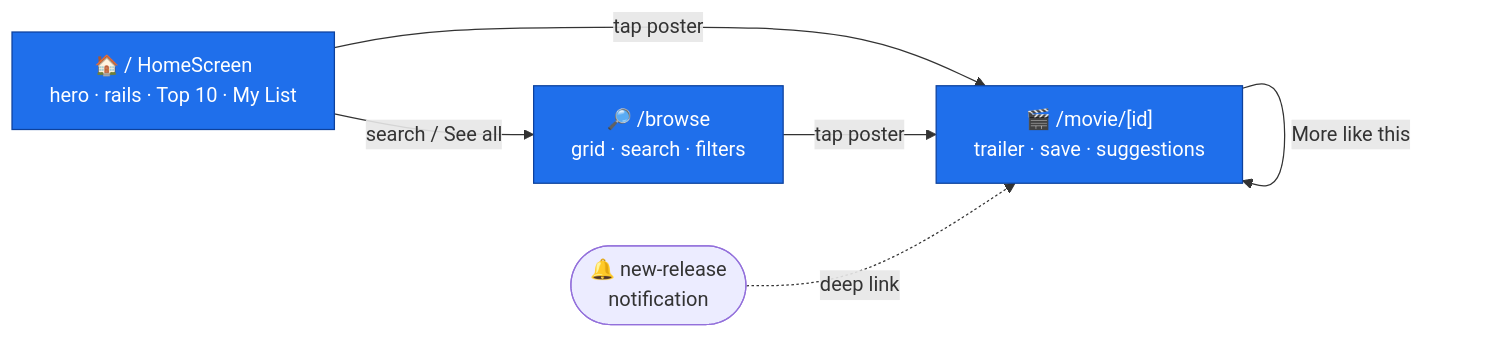
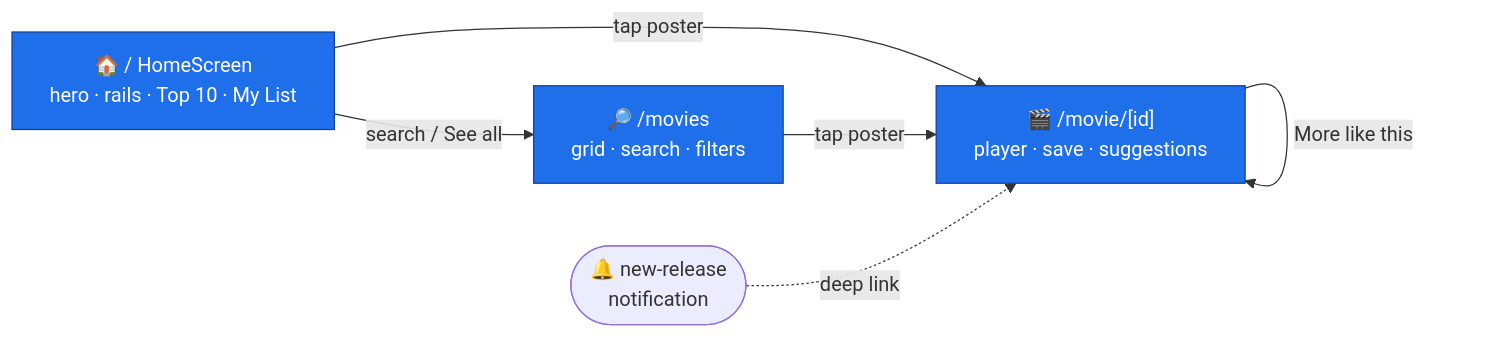
Before and after one commit to kunal26das/yify: the first of 6 diagrams in README.md, drawn with Mermaid. The commit also changed other lines of this file and 4 other files, not shown here.

````diff
--- a/README.md
+++ b/README.md
@@ -85,16 +90,16 @@
 ```mermaid
 flowchart LR
     Home["🏠 /  HomeScreen<br/>hero · rails · Top 10 · My List"]
-    Browse["🔎 /browse<br/>grid · search · filters"]
-    Detail["🎬 /movie/[id]<br/>trailer · save · suggestions"]
+    Browse["🔎 /movies<br/>grid · search · filters"]
+    Detail["🎬 /movie/[id]<br/>player · save · suggestions"]
     Notif(["🔔 new-release<br/>notification"])
 
     Home -->|tap poster| Detail
     Home -->|search / See all| Browse
     Browse -->|tap poster| Detail
     Detail -->|More like this| Detail
     Notif -.deep link.-> Detail
 
     classDef s fill:#1f6feb,stroke:#0d419d,color:#fff
     class Home,Browse,Detail s
 ```
````
